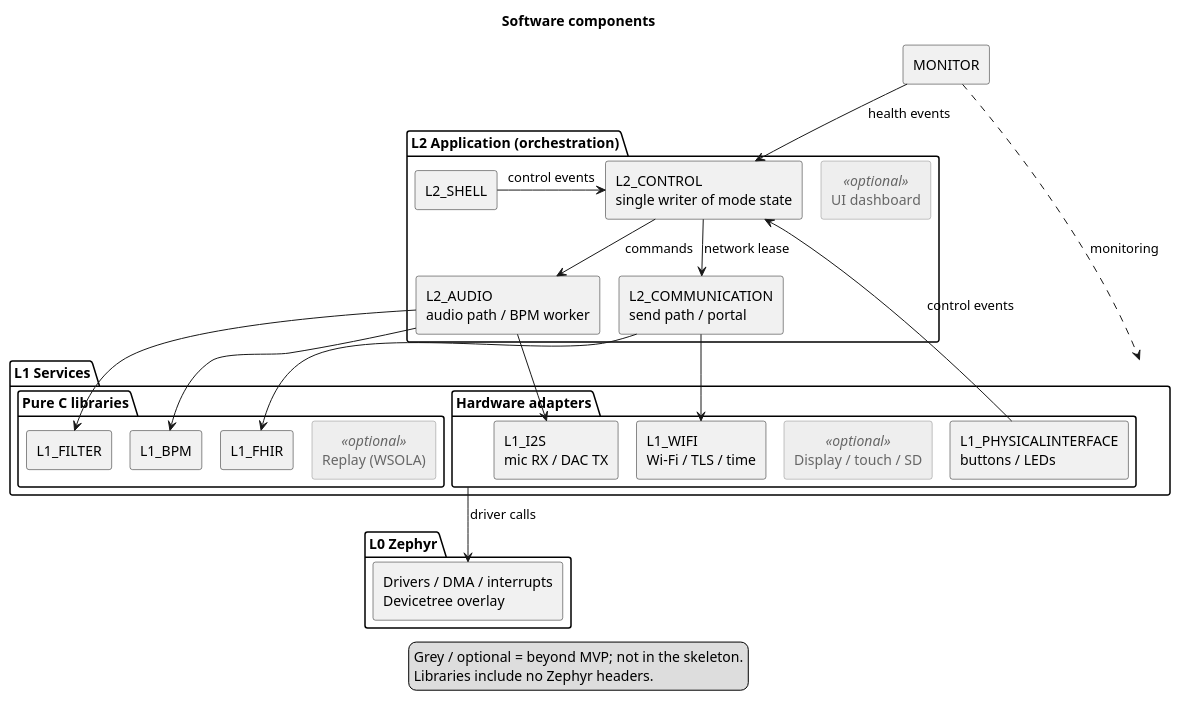
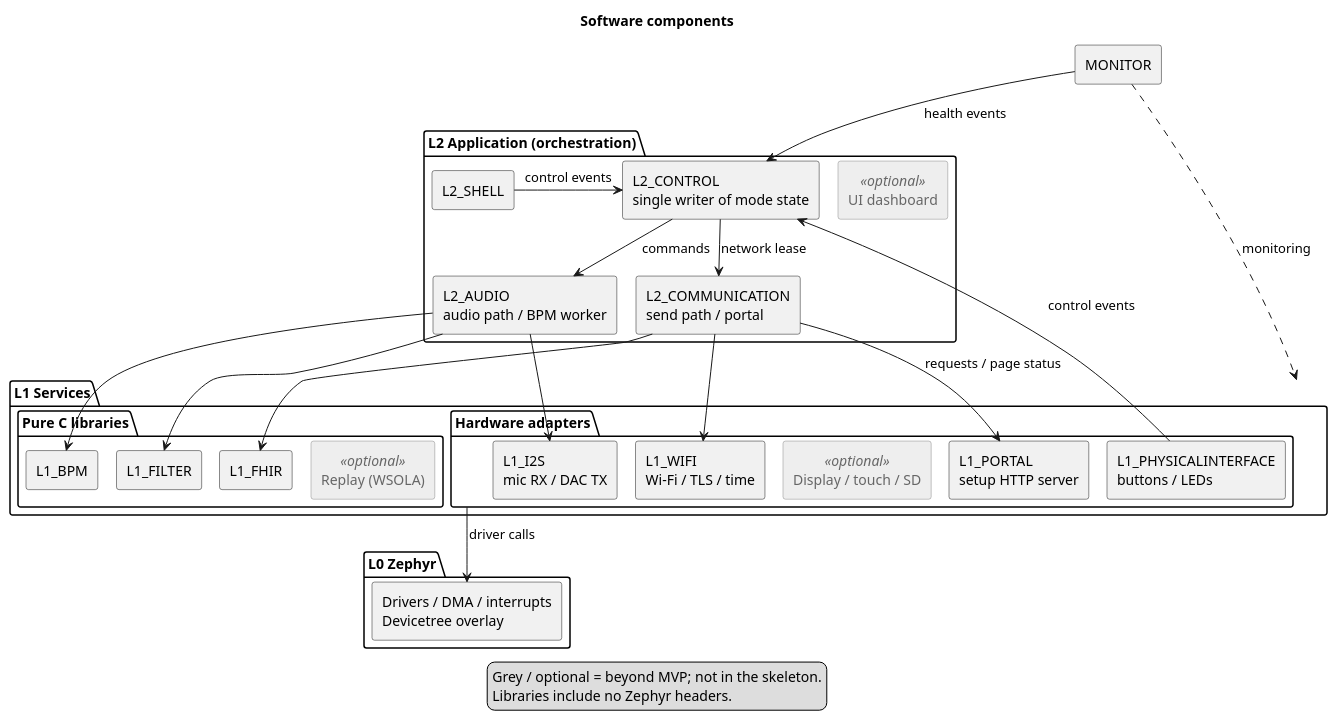
The diagram in Development/system/architecture/software-components.puml (DemonicPsychoII/DigitalStethoscope), drawn with PlantUML before and after one commit. The commit also changed 9 other files, not shown here.

```diff
--- a/Development/system/architecture/software-components.puml
+++ b/Development/system/architecture/software-components.puml
@@ -1,67 +1,69 @@
 @startuml software_components
 !pragma layout smetana
 skinparam shadowing false
 skinparam component {
  BackgroundColor<<optional>> #EEEEEE
  BorderColor<<optional>> #888888
  FontColor<<optional>> #666666
 }
 skinparam artifact {
  BackgroundColor<<optional>> #EEEEEE
  BorderColor<<optional>> #888888
  FontColor<<optional>> #666666
 }
 skinparam componentStyle rectangle
 skinparam defaultFontName SansSerif
 title Software components
 top to bottom direction
 component "MONITOR" as mon
 package "L2 Application (orchestration)" as app {
  component "L2_SHELL" as shell
  component "L2_CONTROL\nsingle writer of mode state" as ctl
  component "L2_AUDIO\naudio path / BPM worker" as aud
  component "L2_COMMUNICATION\nsend path / portal" as com
  component "UI dashboard" as ui <<optional>>
  shell -[hidden]right-> ctl
  ctl -[hidden]right-> ui
 }
 package "L1 Services" as services {
  package "Hardware adapters" as adapters {
   component "L1_PHYSICALINTERFACE\nbuttons / LEDs" as phy
   component "L1_I2S\nmic RX / DAC TX" as i2s
   component "L1_WIFI\nWi-Fi / TLS / time" as wifi
+  component "L1_PORTAL\nsetup HTTP server" as portal
   component "Display / touch / SD" as spi <<optional>>
   phy -[hidden]right-> i2s
   i2s -[hidden]right-> wifi
   wifi -[hidden]right-> spi
  }
  package "Pure C libraries" as libs {
   component "L1_FILTER" as filter
   component "L1_BPM" as bpm
   component "L1_FHIR" as fhir
   component "Replay (WSOLA)" as wsola <<optional>>
   filter -[hidden]right-> bpm
   bpm -[hidden]right-> fhir
   fhir -[hidden]right-> wsola
  }
 }
 package "L0 Zephyr" as platform {
  component "Drivers / DMA / interrupts\nDevicetree overlay" as zephyr
 }
 shell -right-> ctl : control events
 phy -up-> ctl : control events
 ctl -down-> aud : commands
 ctl -down-> com : network lease
 aud -down-> i2s
 aud -down-> filter
 aud -down-> bpm
 com -down-> fhir
+com -down-> portal : requests / page status
 com -down-> wifi
 adapters -down-> zephyr : driver calls
 mon -down-> ctl : health events
 mon ..> services : monitoring
 legend bottom
   Grey / optional = beyond MVP; not in the skeleton.
   Libraries include no Zephyr headers.
 endlegend
 @enduml
```
